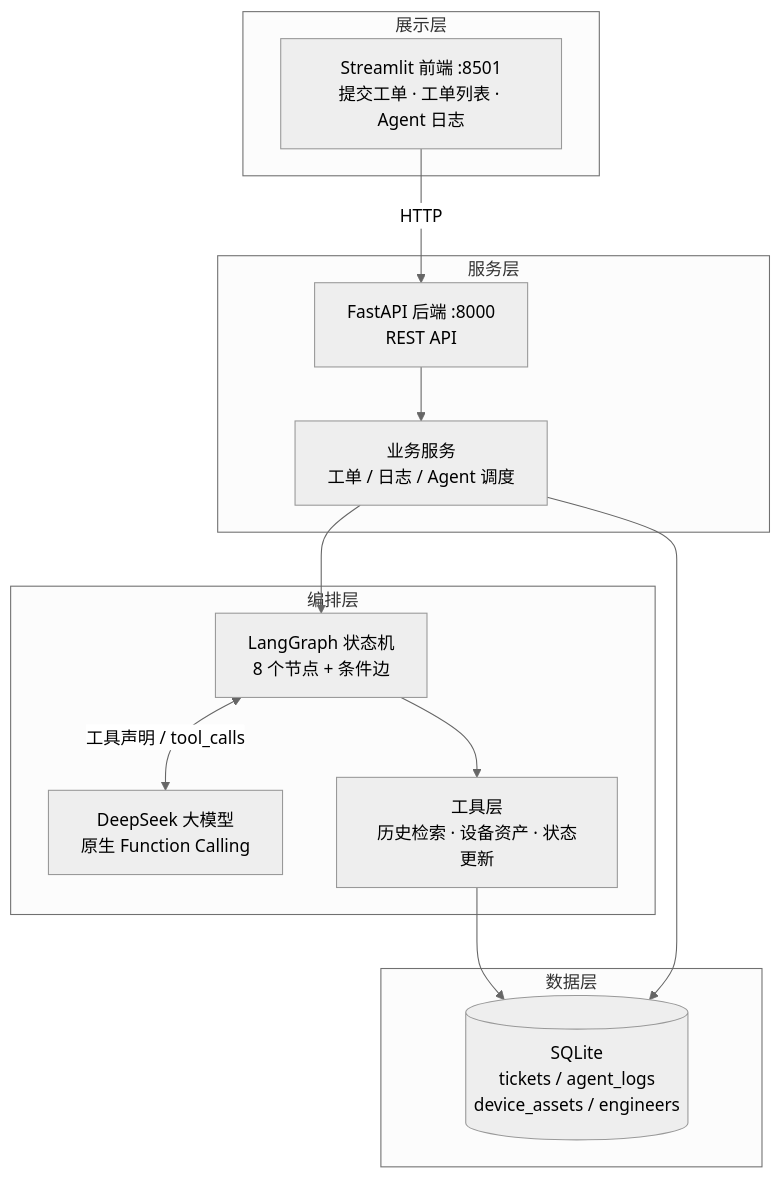
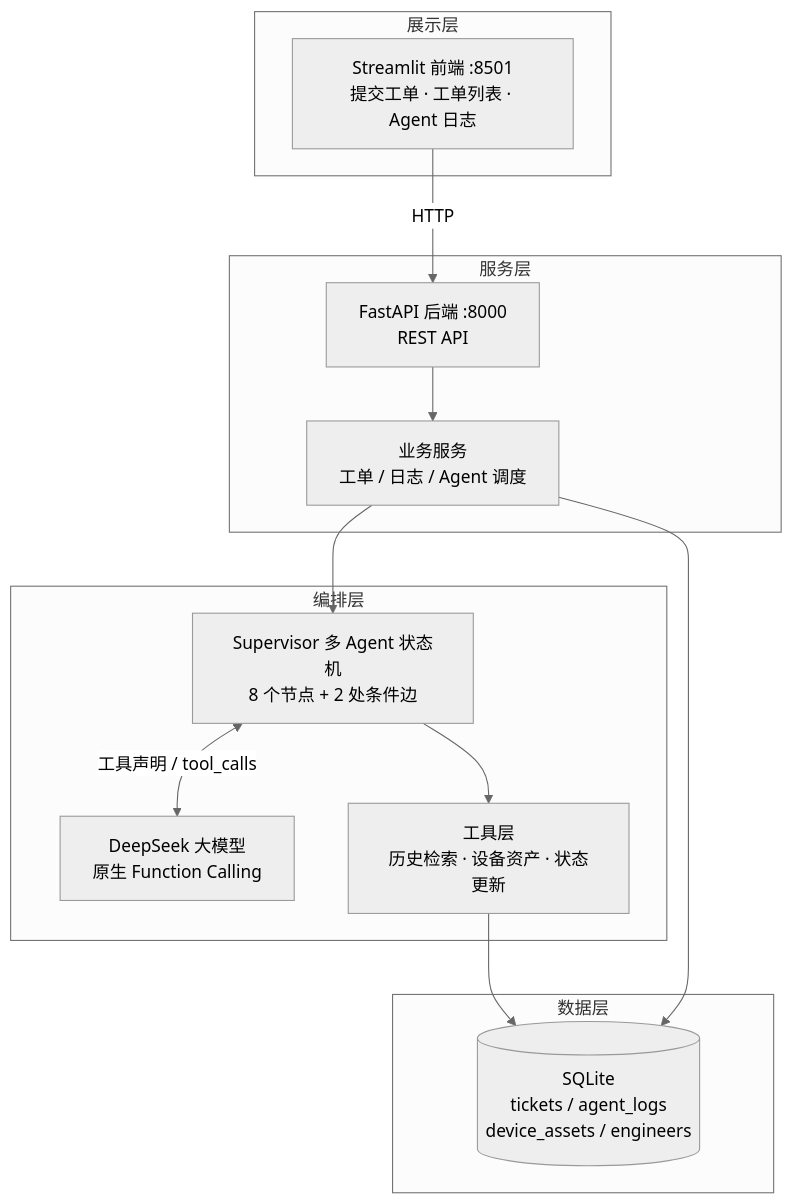
Before and after one commit to fxxyanlan/itops-ticket-agent: the first of 3 diagrams in README.md, drawn with Mermaid (neutral theme). The commit also changed other lines of this file and 56 other files, not shown here.

````diff
--- a/README.md
+++ b/README.md
@@ -84,24 +85,24 @@
 ```mermaid
 flowchart TB
     subgraph Client["展示层"]
         FE["Streamlit 前端 :8501<br/>提交工单 · 工单列表 · Agent 日志"]
     end
     subgraph Server["服务层"]
         API["FastAPI 后端 :8000<br/>REST API"]
         SVC["业务服务<br/>工单 / 日志 / Agent 调度"]
     end
     subgraph Agent["编排层"]
-        G["LangGraph 状态机<br/>8 个节点 + 条件边"]
+        G["Supervisor 多 Agent 状态机<br/>8 个节点 + 2 处条件边"]
         LLM["DeepSeek 大模型<br/>原生 Function Calling"]
         TOOLS["工具层<br/>历史检索 · 设备资产 · 状态更新"]
     end
     subgraph Data["数据层"]
         DB[("SQLite<br/>tickets / agent_logs<br/>device_assets / engineers")]
     end
 
     FE -->|HTTP| API --> SVC --> G
     G <-->|工具声明 / tool_calls| LLM
     G --> TOOLS
     TOOLS --> DB
     SVC --> DB
 ```
````
